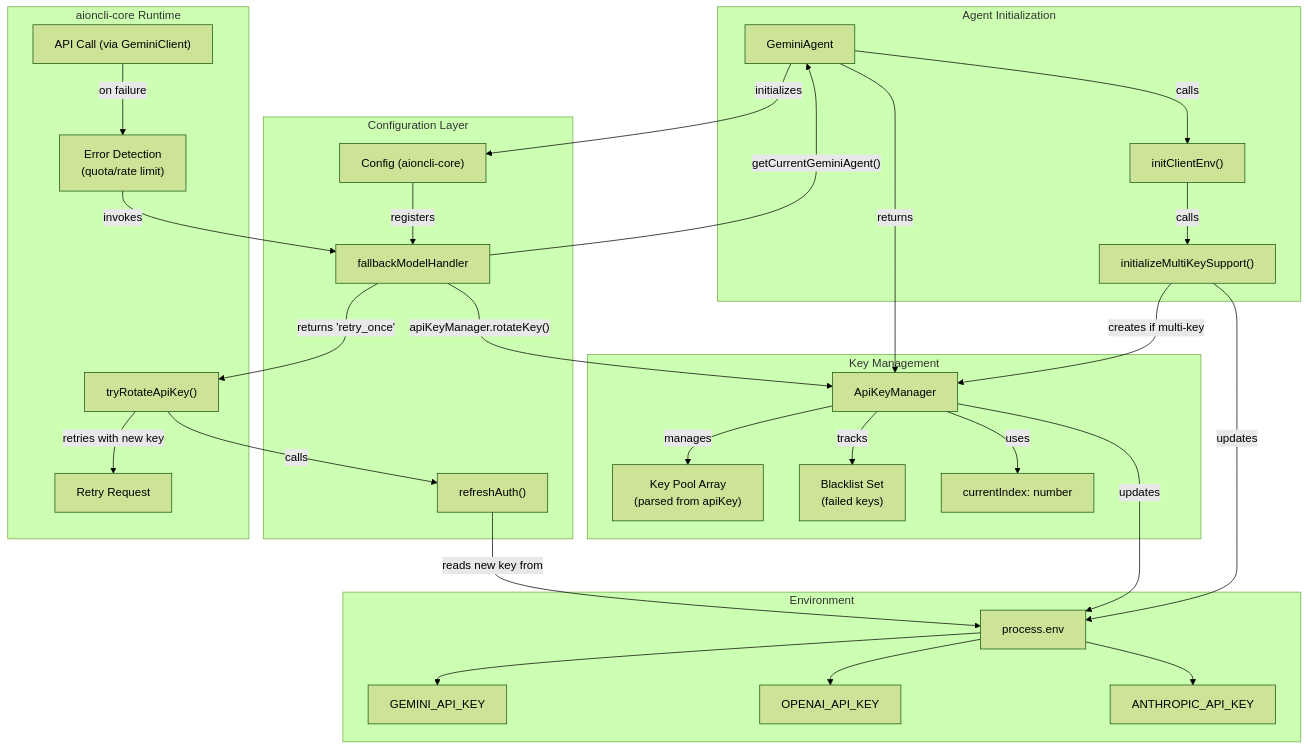
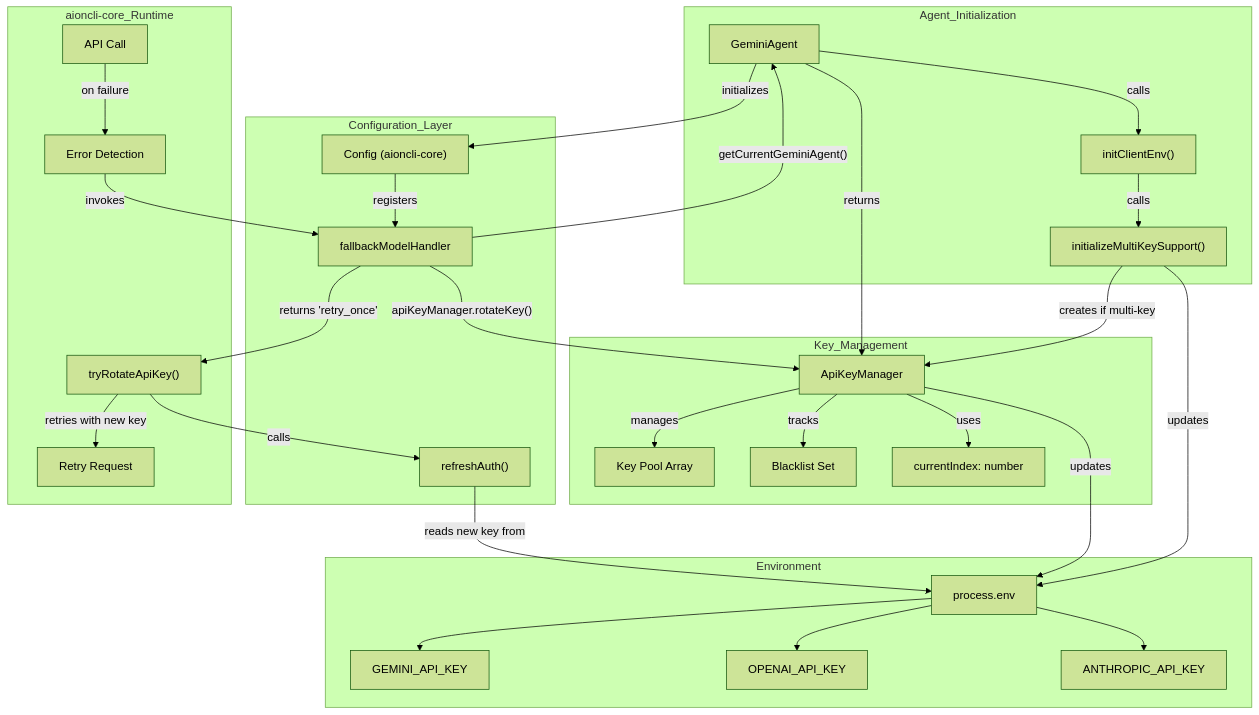
The first of 3 diagrams in docs/iOfficeAI_AionUi/advanced-topics/api-key-rotation.md (blackcater/zentree), drawn with Mermaid (forest theme) before and after one commit. The commit also changed other lines of this file and 232 other files, not shown here.

````diff
--- a/docs/iOfficeAI_AionUi/advanced-topics/api-key-rotation.md
+++ b/docs/iOfficeAI_AionUi/advanced-topics/api-key-rotation.md
@@ -51,61 +46,61 @@
 ```mermaid
 graph TB
-    subgraph "Agent Initialization"
+    subgraph "Agent_Initialization"
         GeminiAgent["GeminiAgent"]
         initClientEnv["initClientEnv()"]
         initMultiKey["initializeMultiKeySupport()"]
     end
-
-    subgraph "Key Management"
+    
+    subgraph "Key_Management"
         ApiKeyManager["ApiKeyManager"]
-        KeyPool["Key Pool Array<br/>(parsed from apiKey)"]
-        Blacklist["Blacklist Set<br/>(failed keys)"]
+        KeyPool["Key Pool Array"]
+        Blacklist["Blacklist Set"]
         currentIndex["currentIndex: number"]
     end
-
-    subgraph "Configuration Layer"
+    
+    subgraph "Configuration_Layer"
         Config["Config (aioncli-core)"]
         fallbackHandler["fallbackModelHandler"]
         refreshAuth["refreshAuth()"]
     end
-
+    
     subgraph "Environment"
         ProcessEnv["process.env"]
         GEMINI_KEY["GEMINI_API_KEY"]
         OPENAI_KEY["OPENAI_API_KEY"]
         ANTHROPIC_KEY["ANTHROPIC_API_KEY"]
     end
-
-    subgraph "aioncli-core Runtime"
-        APICall["API Call (via GeminiClient)"]
-        ErrorDetection["Error Detection<br/>(quota/rate limit)"]
+    
+    subgraph "aioncli-core_Runtime"
+        APICall["API Call"]
+        ErrorDetection["Error Detection"]
         TryRotate["tryRotateApiKey()"]
         Retry["Retry Request"]
     end
-
+    
     GeminiAgent -->|"calls"| initClientEnv
     initClientEnv -->|"calls"| initMultiKey
     initMultiKey -->|"creates if multi-key"| ApiKeyManager
     ApiKeyManager -->|"manages"| KeyPool
     ApiKeyManager -->|"tracks"| Blacklist
     ApiKeyManager -->|"uses"| currentIndex
-
+    
     initMultiKey -->|"updates"| ProcessEnv
     ProcessEnv --> GEMINI_KEY
     ProcessEnv --> OPENAI_KEY
     ProcessEnv --> ANTHROPIC_KEY
-
+    
     GeminiAgent -->|"initializes"| Config
     Config -->|"registers"| fallbackHandler
-
+    
     APICall -->|"on failure"| ErrorDetection
     ErrorDetection -->|"invokes"| fallbackHandler
     fallbackHandler -->|"getCurrentGeminiAgent()"| GeminiAgent
     GeminiAgent -->|"returns"| ApiKeyManager
     fallbackHandler -->|"apiKeyManager.rotateKey()"| ApiKeyManager
     ApiKeyManager -->|"updates"| ProcessEnv
     fallbackHandler -->|"returns 'retry_once'"| TryRotate
     TryRotate -->|"calls"| refreshAuth
     refreshAuth -->|"reads new key from"| ProcessEnv
     TryRotate -->|"retries with new key"| Retry
 ```
````
